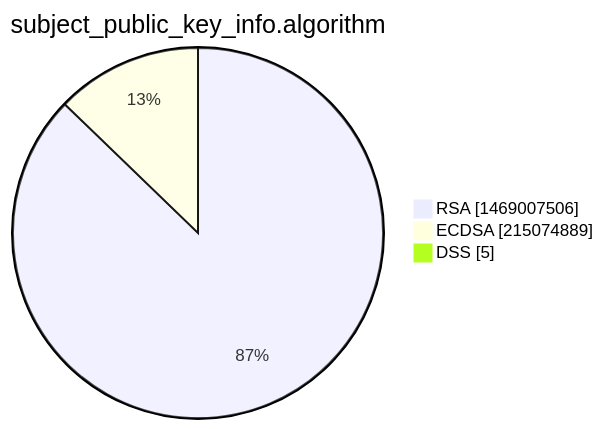
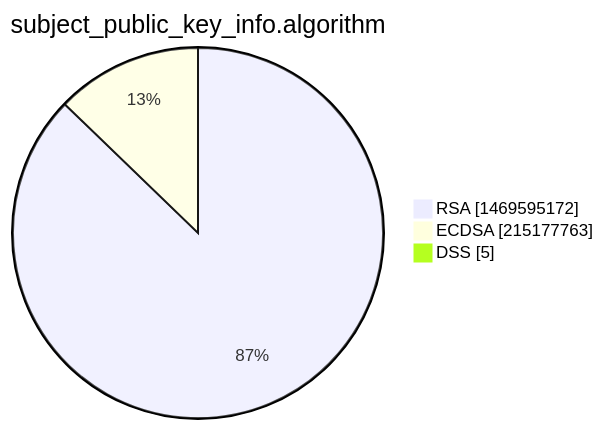
One commit to christiankrug/ctmonitor_visualization changed the third of 15 diagrams in xenon2022/README.md. Above: the diagram before and after it, drawn with Mermaid. The commit also changed other lines of this file, not shown here.

````diff
--- a/xenon2022/README.md
+++ b/xenon2022/README.md
@@ -14,7 +14,7 @@
 ```mermaid
 pie showData
 title subject_public_key_info.algorithm
-"RSA" :1469007506
-"ECDSA" :215074889
+"RSA" :1469595172
+"ECDSA" :215177763
 "DSS" :5
 ```
````
